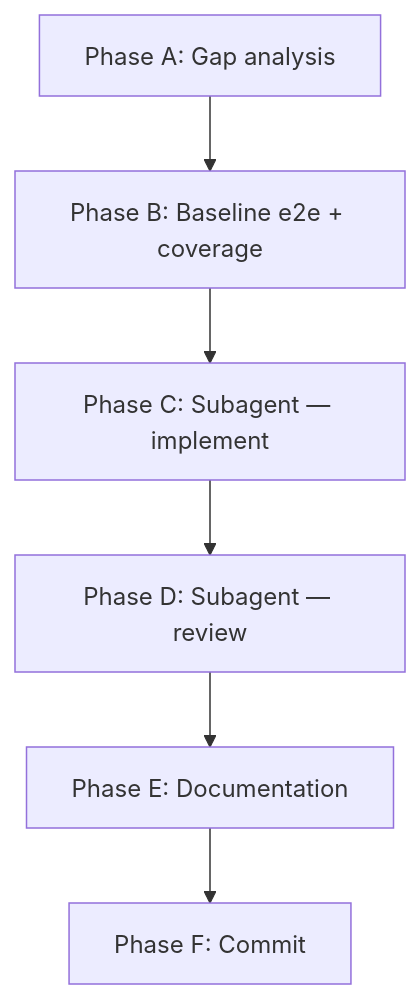
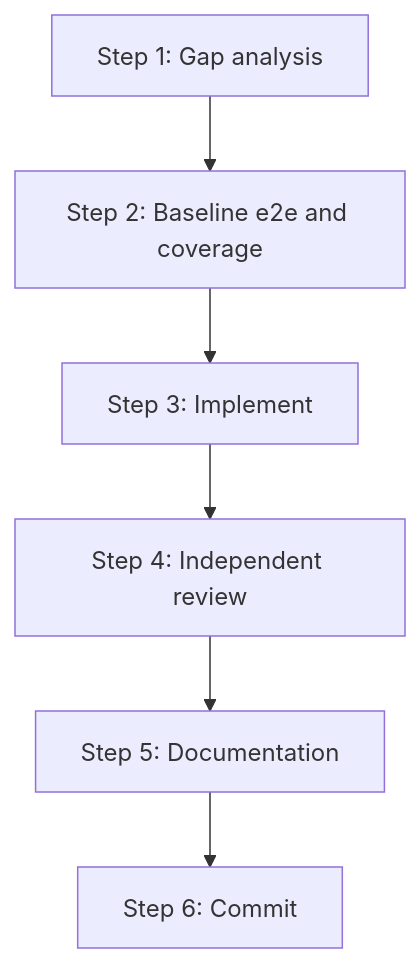
One commit to invertase/react-native-firebase changed the diagram in okf-bundle/packages/firestore/pipeline-implementation-workflow.md. Above: the diagram before and after it, drawn with Mermaid. The commit also changed other lines of this file and 15 other files, not shown here.

````diff
--- a/okf-bundle/packages/firestore/pipeline-implementation-workflow.md
+++ b/okf-bundle/packages/firestore/pipeline-implementation-workflow.md
@@ -60,8 +63,8 @@
 ```mermaid
 flowchart TD
-  A[Phase A: Gap analysis] --> B[Phase B: Baseline e2e + coverage]
-  B --> C[Phase C: Subagent — implement]
-  C --> D[Phase D: Subagent — review]
-  D --> E[Phase E: Documentation]
-  E --> F[Phase F: Commit]
+  A[Step 1: Gap analysis] --> B[Step 2: Baseline e2e and coverage]
+  B --> C[Step 3: Implement]
+  C --> D[Step 4: Independent review]
+  D --> E[Step 5: Documentation]
+  E --> F[Step 6: Commit]
 ```
````
